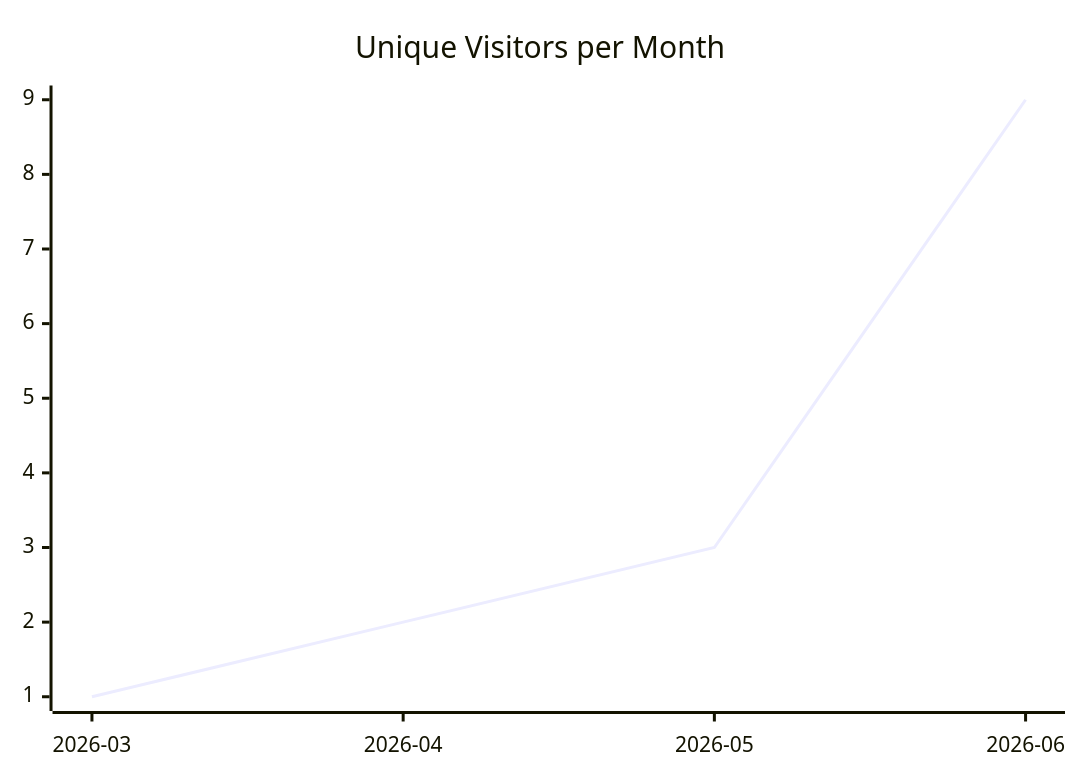
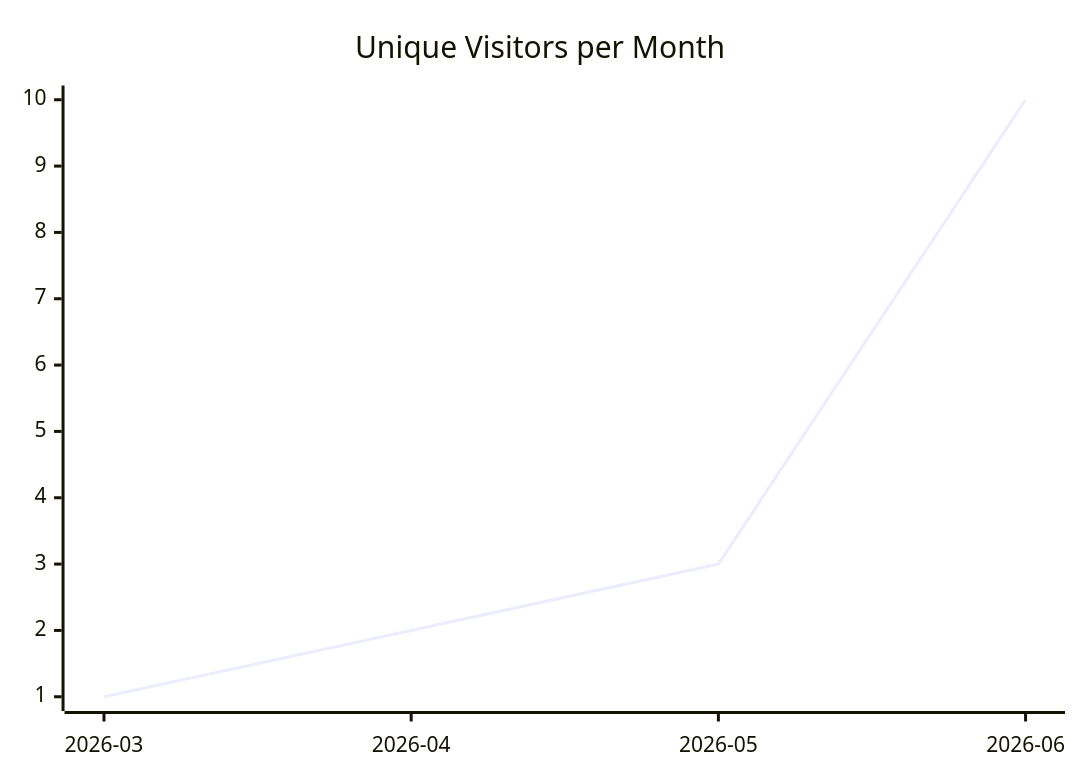
Before and after one commit to justdavis-family/github-analytics-data: the first of 3 diagrams in karlmdavis/justdavis-ansible/README.md, drawn with Mermaid. The commit also changed other lines of this file and 198 other files, not shown here.

````diff
--- a/karlmdavis/justdavis-ansible/README.md
+++ b/karlmdavis/justdavis-ansible/README.md
@@ -5,6 +5,6 @@
 ```mermaid
 xychart-beta
   title "Unique Visitors per Month"
   x-axis ["2026-03", "2026-04", "2026-05", "2026-06"]
-  line [1, 2, 3, 9]
+  line [1, 2, 3, 10]
 ```
````
